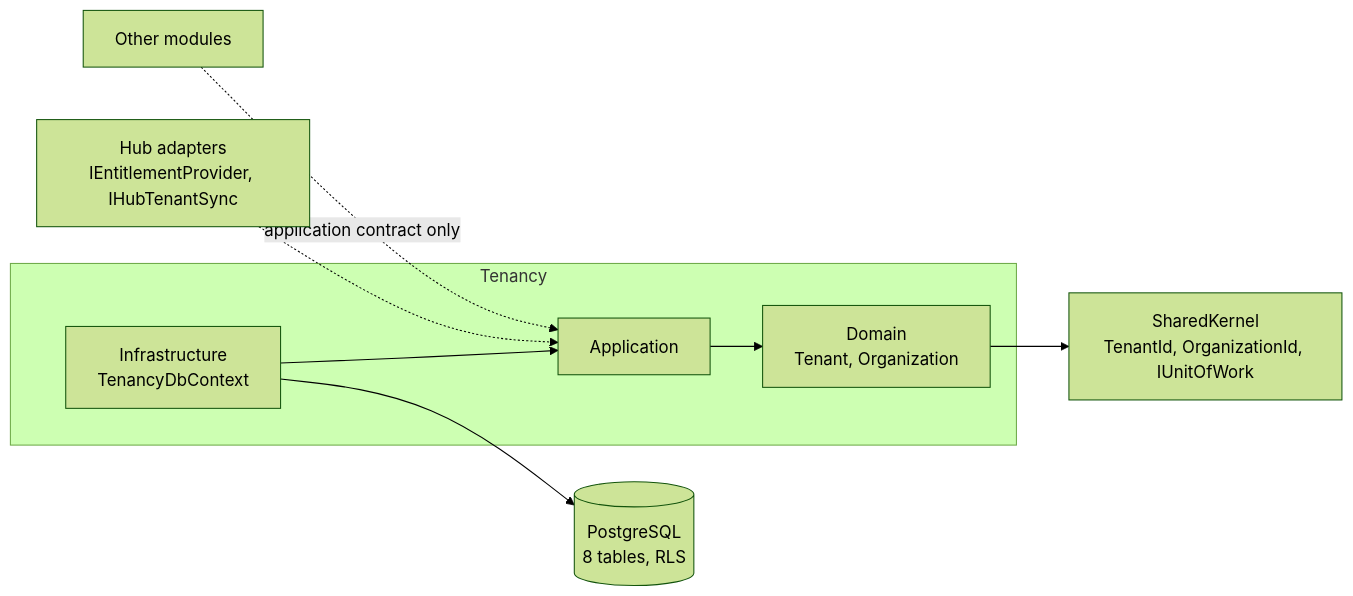
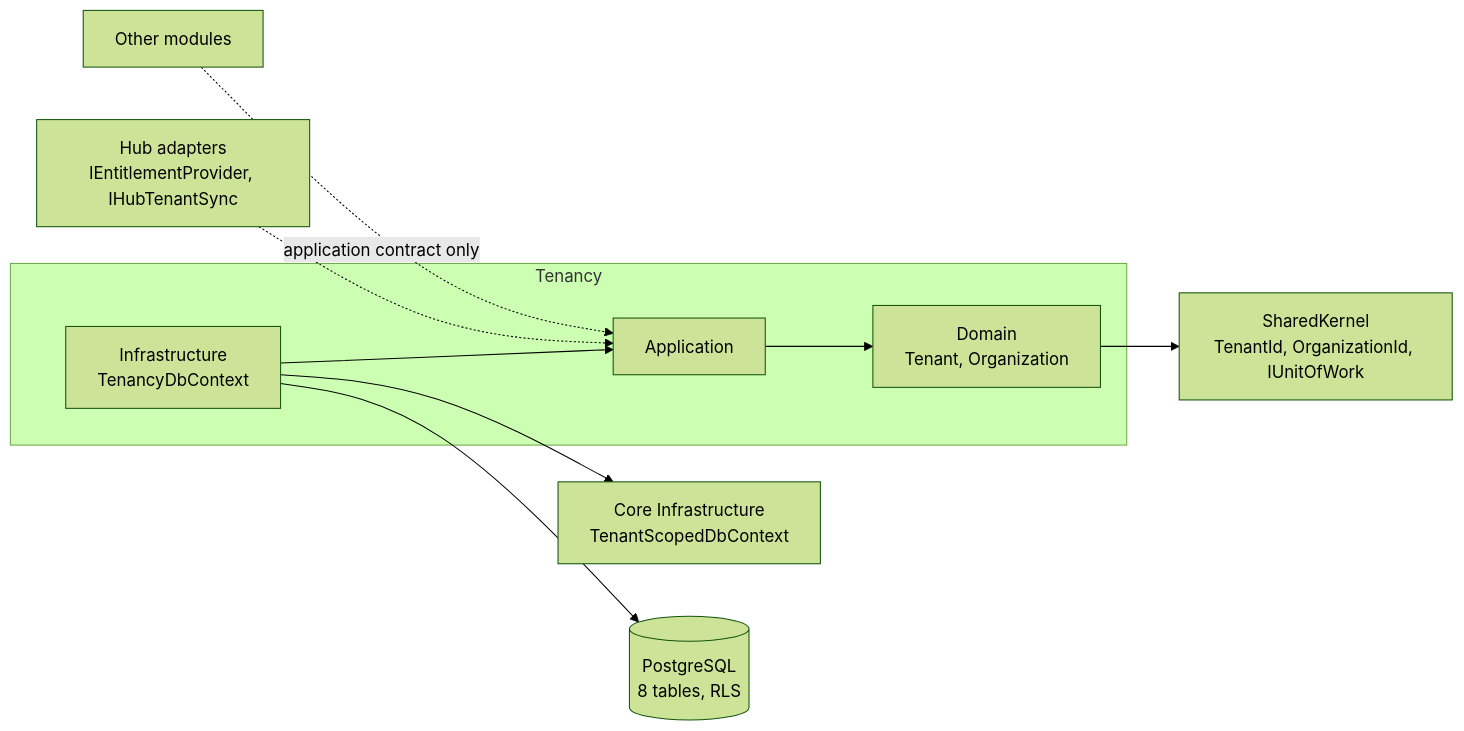
Before and after one commit to HodeTech/LearnStack: the sixth of 6 diagrams in docs/modules/tenancy/README.md, drawn with Mermaid (forest theme). The commit also changed other lines of this file and 9 other files, not shown here.

````diff
--- a/docs/modules/tenancy/README.md
+++ b/docs/modules/tenancy/README.md
@@ -226,19 +226,21 @@
 ```mermaid
 flowchart LR
     subgraph Tenancy
         DOM[Domain<br/>Tenant, Organization]
         APP[Application]
         INF[Infrastructure<br/>TenancyDbContext]
     end
     SK[SharedKernel<br/>TenantId, OrganizationId, IUnitOfWork]
+    CORE[Core Infrastructure<br/>TenantScopedDbContext]
     PG[(PostgreSQL<br/>8 tables, RLS)]
     HUB[Hub adapters<br/>IEntitlementProvider, IHubTenantSync]
     OTHER[Other modules]
 
     DOM --> SK
     APP --> DOM
     INF --> APP
+    INF --> CORE
     INF --> PG
     HUB -.-> APP
     OTHER -.->|application contract only| APP
 ```
````
